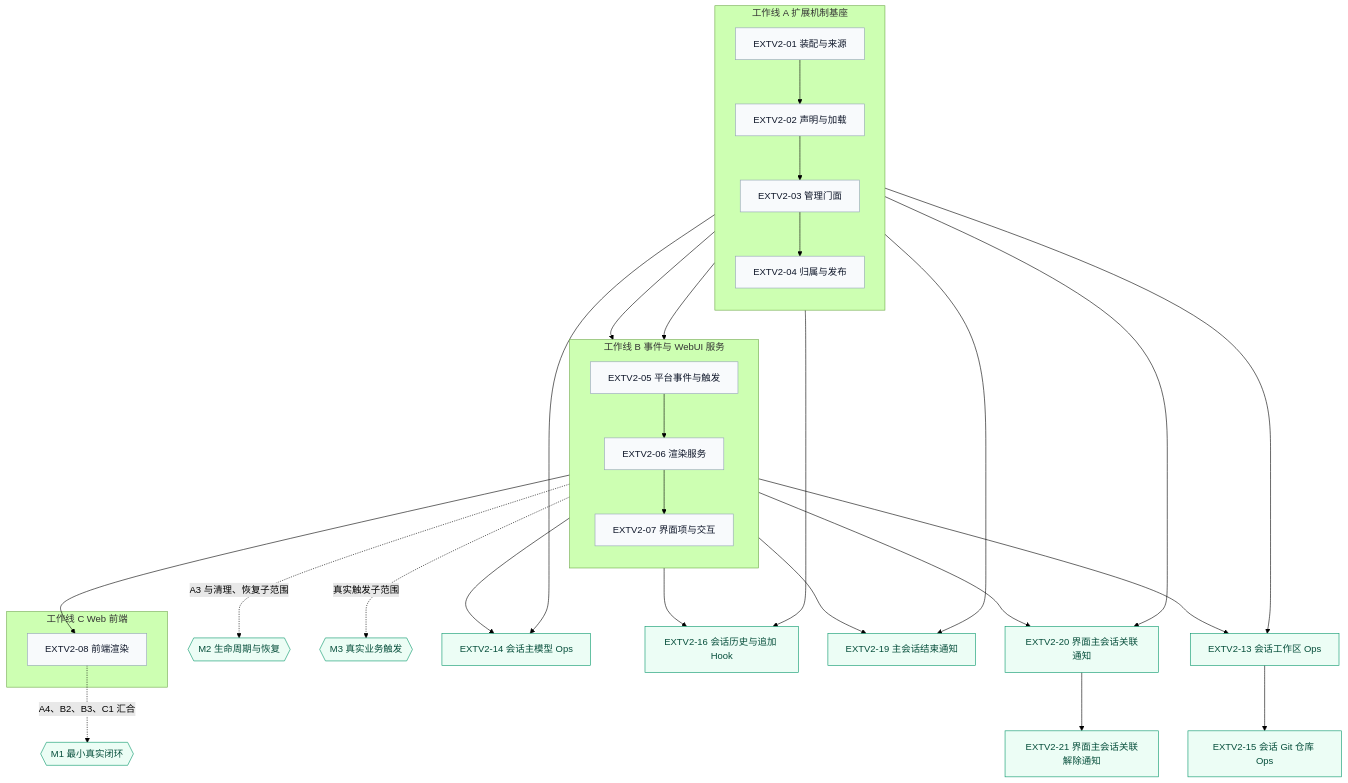
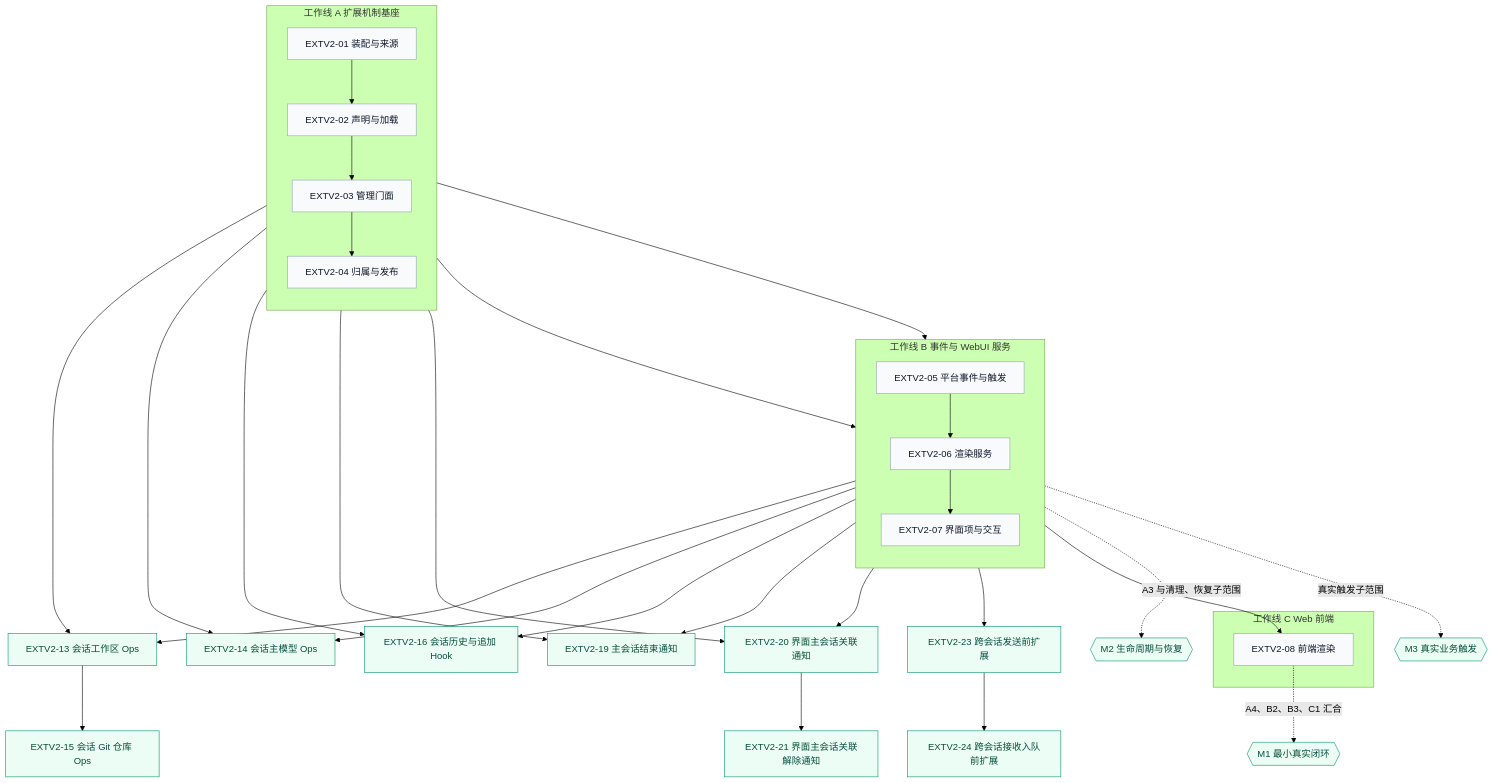
Before and after one commit to openJiuwen-ai/jiuwenswarm: the first of 2 diagrams in jiuwenswarm/extensions_v2/docs/designs/extensions-v2-development-plan.md, drawn with Mermaid (forest theme). The commit also changed other lines of this file and 13 other files, not shown here.

````diff
--- a/jiuwenswarm/extensions_v2/docs/designs/extensions-v2-development-plan.md
+++ b/jiuwenswarm/extensions_v2/docs/designs/extensions-v2-development-plan.md
@@ -410,51 +434,53 @@
 ```mermaid
 flowchart TB
     subgraph WA["工作线 A 扩展机制基座"]
         direction TB
         A1["EXTV2-01 装配与来源"] --> A2["EXTV2-02 声明与加载"]
         A2 --> A3["EXTV2-03 管理门面"]
         A3 --> A4["EXTV2-04 归属与发布"]
     end
 
     subgraph WB["工作线 B 事件与 WebUI 服务"]
         direction TB
         B1["EXTV2-05 平台事件与触发"] --> B2["EXTV2-06 渲染服务"]
         B2 --> B3["EXTV2-07 界面项与交互"]
     end
 
     subgraph WC["工作线 C Web 前端"]
         C1["EXTV2-08 前端渲染"]
     end
 
     M1{{"M1 最小真实闭环"}}
     M2{{"M2 生命周期与恢复"}}
     M3{{"M3 真实业务触发"}}
 
     WA ~~~ WB
     WB ~~~ WC
 
     A1 --> B1
     A1 --> S13["EXTV2-13 会话工作区 Ops"]
     B1 --> S13
     A1 --> S14["EXTV2-14 会话主模型 Ops"]
     B1 --> S14
     S13 --> S15["EXTV2-15 会话 Git 仓库 Ops"]
     A1 --> S16["EXTV2-16 会话历史与追加 Hook"]
     B1 --> S16
     A3 --> S19["EXTV2-19 主会话结束通知"]
     B1 --> S19
     A3 --> S20["EXTV2-20 界面主会话关联通知"]
     B1 --> S20
     S20 --> S21["EXTV2-21 界面主会话关联解除通知"]
+    B1 --> S23["EXTV2-23 跨会话发送前扩展"]
+    S23 --> S24["EXTV2-24 跨会话接收入队前扩展"]
     A4 --> B3
     B3 --> C1
 
     C1 -.->|"A4、B2、B3、C1 汇合"| M1
     B3 -.->|"A3 与清理、恢复子范围"| M2
     B1 -.->|"真实触发子范围"| M3
 
     classDef item fill:#f8fafc,stroke:#94a3b8,color:#0f172a;
     classDef node fill:#ecfdf5,stroke:#059669,color:#064e3b;
     class A1,A2,A3,A4,B1,B2,B3,C1 item;
     class M1,M2,M3 node;
 ```
````
